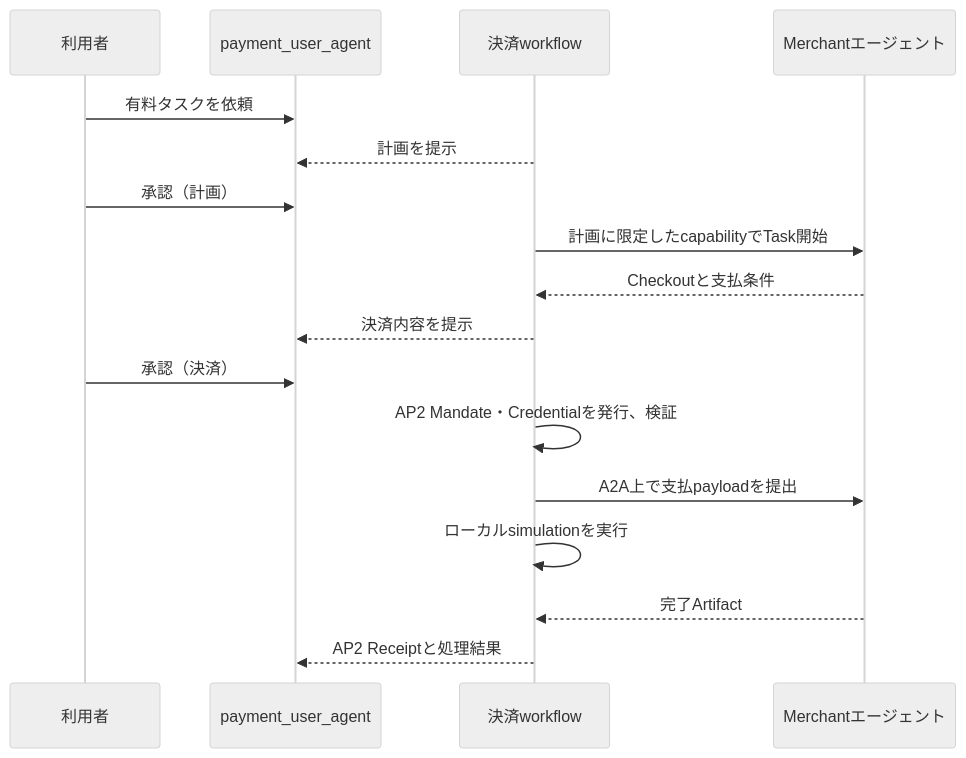
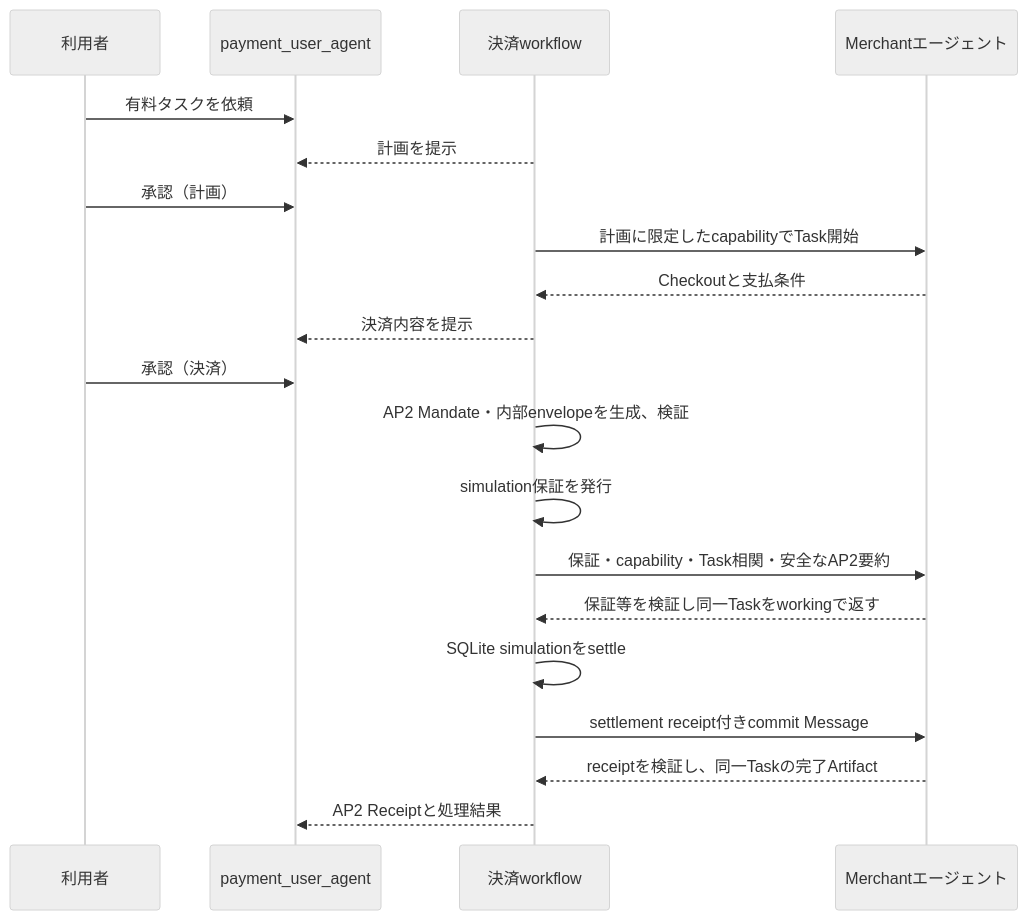
One commit to TaichiHiromatsu/secure-ai-agent-matching-platform changed the second of 2 diagrams in docs/payments/README.md. Above: the diagram before and after it, drawn with Mermaid (neutral theme). The commit also changed other lines of this file and 23 other files, not shown here.

````diff
--- a/docs/payments/README.md
+++ b/docs/payments/README.md
@@ -69,20 +71,23 @@
 ```mermaid
 sequenceDiagram
     participant U as 利用者
     participant UI as payment_user_agent
     participant W as 決済workflow
     participant M as Merchantエージェント
 
     U->>UI: 有料タスクを依頼
     W-->>UI: 計画を提示
     U->>UI: 承認（計画）
     W->>M: 計画に限定したcapabilityでTask開始
     M-->>W: Checkoutと支払条件
     W-->>UI: 決済内容を提示
     U->>UI: 承認（決済）
-    W->>W: AP2 Mandate・Credentialを発行、検証
-    W->>M: A2A上で支払payloadを提出
-    W->>W: ローカルsimulationを実行
-    M-->>W: 完了Artifact
+    W->>W: AP2 Mandate・内部envelopeを生成、検証
+    W->>W: simulation保証を発行
+    W->>M: 保証・capability・Task相関・安全なAP2要約
+    M-->>W: 保証等を検証し同一Taskをworkingで返す
+    W->>W: SQLite simulationをsettle
+    W->>M: settlement receipt付きcommit Message
+    M-->>W: receiptを検証し、同一Taskの完了Artifact
     W-->>UI: AP2 Receiptと処理結果
 ```
````
